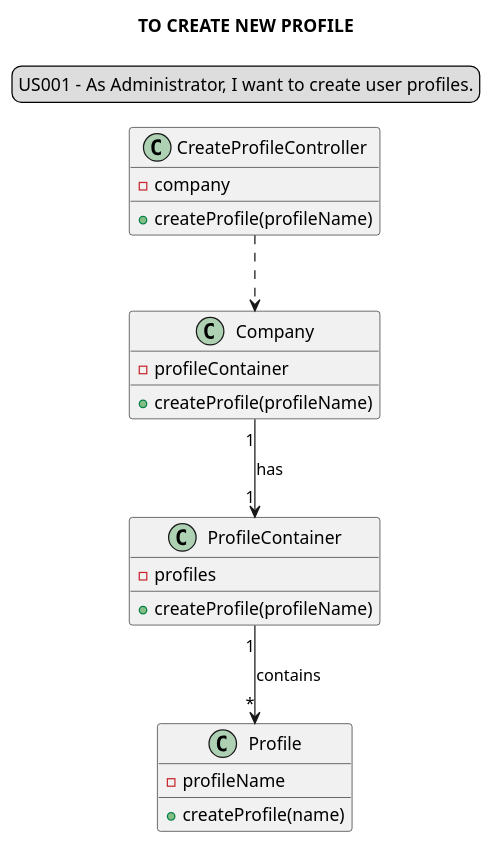
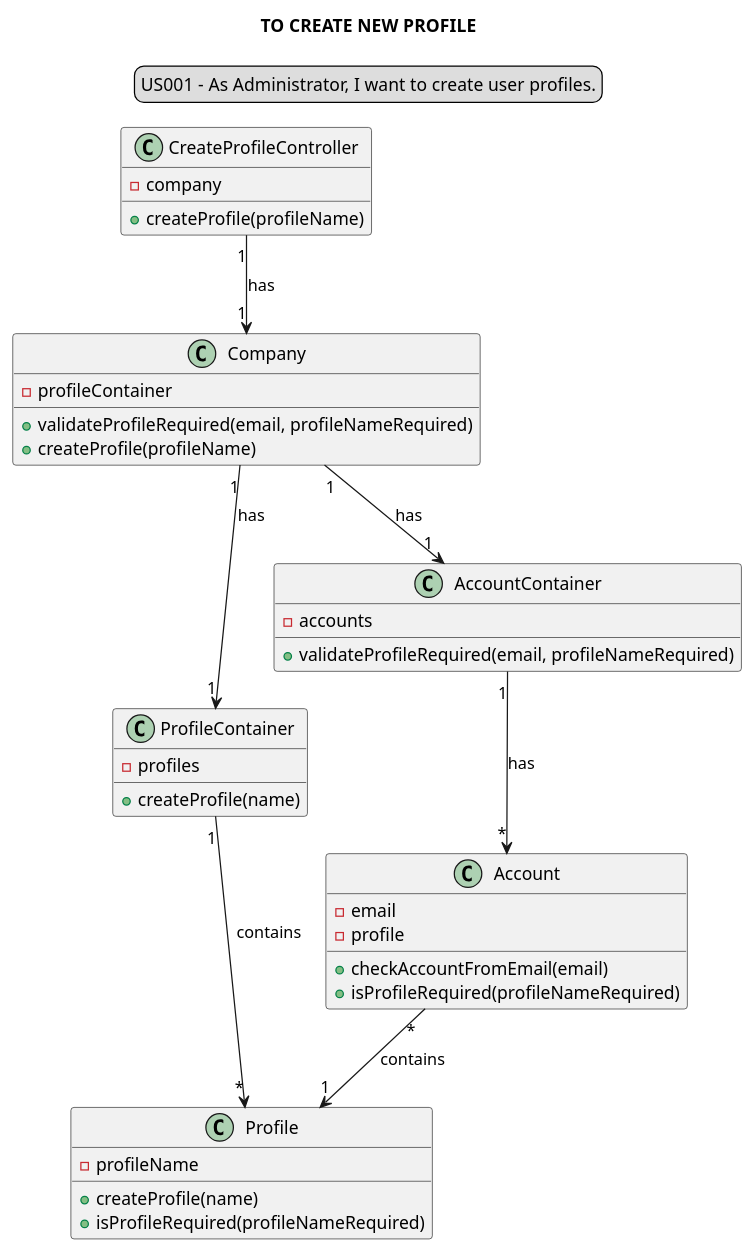
One commit to Loracline/project_switch_22-23 changed the diagram in docs/modelling_design/user_stories/sprint01/us001/US001_classDiagram.puml. Above: the diagram before and after it, drawn with PlantUML. The commit also changed 25 other files, not shown here.

Commit message:
US001,002,003,004,005,006,007,008,009,011_012_013, 014, 015, 016: Design : refinement of class Diagram

```diff
--- a/docs/modelling_design/user_stories/sprint01/us001/US001_classDiagram.puml
+++ b/docs/modelling_design/user_stories/sprint01/us001/US001_classDiagram.puml
@@ -1,33 +1,45 @@
 @startuml
 'https://plantuml.com/class-diagram
 skinparam sequenceMessageAlign center
 title TO CREATE NEW PROFILE
 legend top
 US001 - As Administrator, I want to create user profiles.
 end legend
 
 class "CreateProfileController" {
 -company
 +createProfile(profileName)
 }
-
 class "Company" {
 -profileContainer
++validateProfileRequired(email, profileNameRequired)
 +createProfile(profileName)
 }
-
 class "ProfileContainer"{
 -profiles
-+createProfile(profileName)
++createProfile(name)
 }
-
+class "AccountContainer"{
+-accounts
++validateProfileRequired(email, profileNameRequired)
+}
+class "Account"{
+-email
+-profile
++ checkAccountFromEmail(email)
++ isProfileRequired(profileNameRequired)
+}
 class "Profile"{
 -profileName
 +createProfile(name)
++isProfileRequired(profileNameRequired)
 }
 
-"CreateProfileController" ..>  "Company"
+"CreateProfileController" "1"-->"1"  "Company" : has
 "Company" "1"-->"1" "ProfileContainer": has
 "ProfileContainer" "1" --> "*" "Profile": contains
+"Company" "1"-->"1" "AccountContainer" : has
+"AccountContainer" "1"--> "*" "Account" :has
+"Account""*" -->"1" "Profile": contains
 
 @enduml
```
